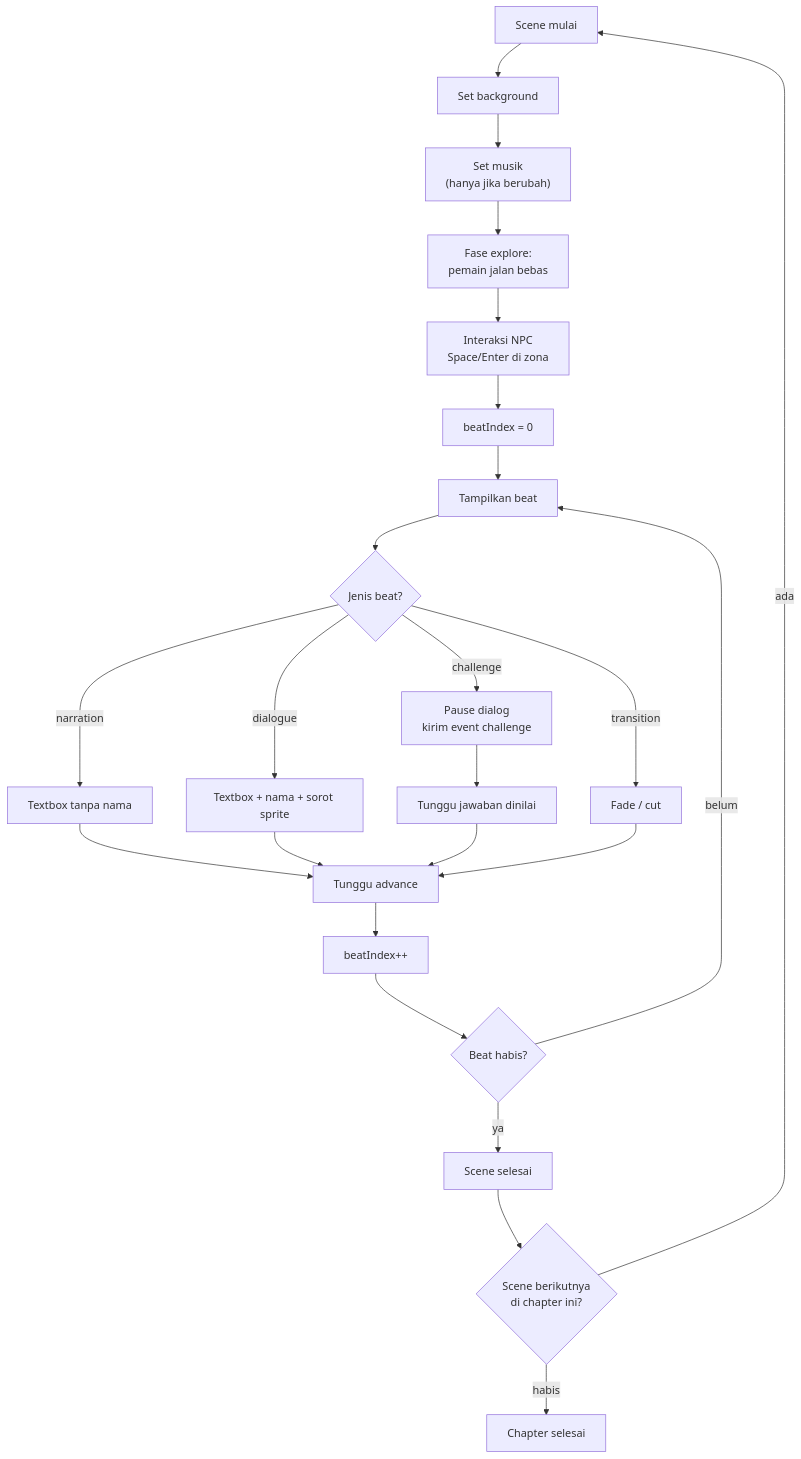
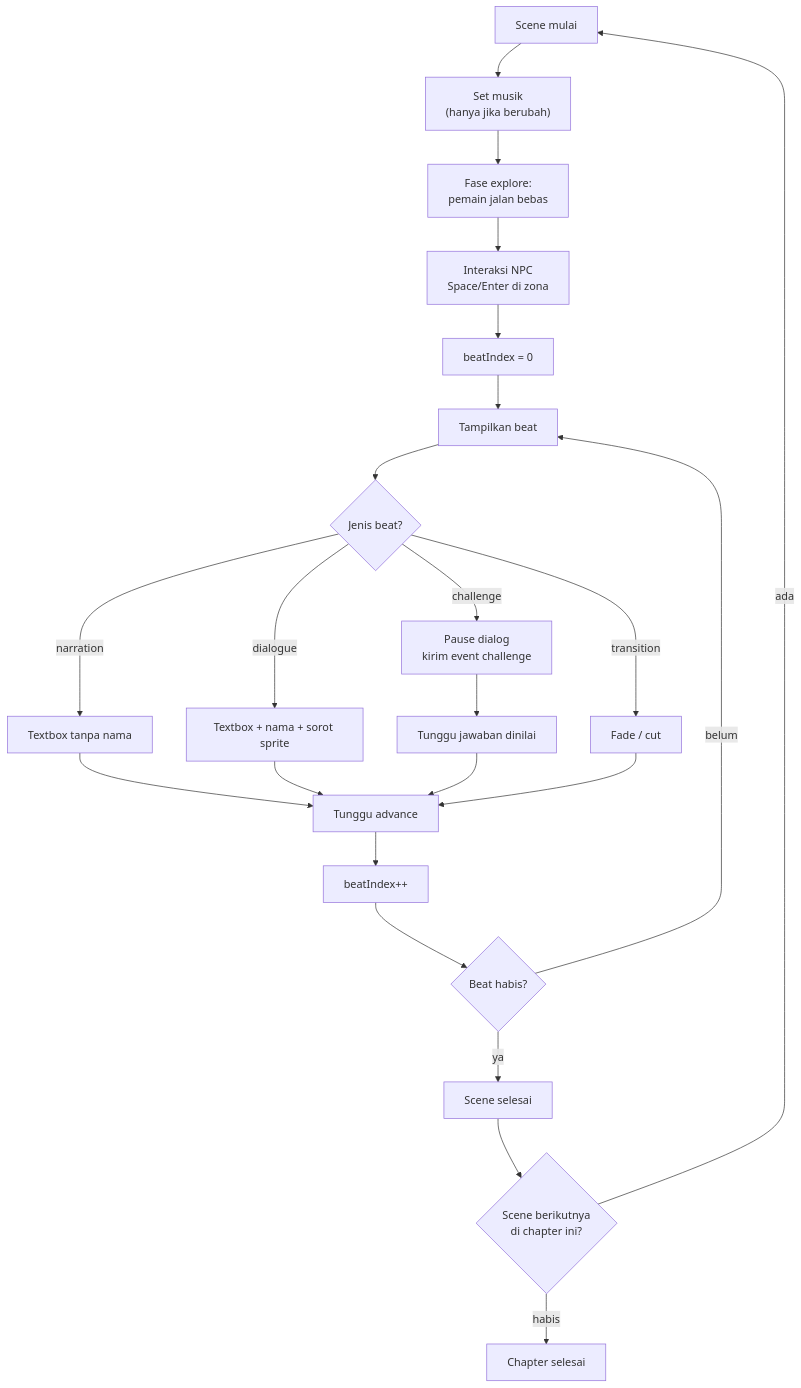
Before and after one commit to justeita/ClassQuest: the diagram in docs/04-game/scene-format.md, drawn with Mermaid. The commit also changed other lines of this file and 10 other files, not shown here.

````diff
--- a/docs/04-game/scene-format.md
+++ b/docs/04-game/scene-format.md
@@ -144,26 +155,25 @@
 ```mermaid
 flowchart TD
-  S["Scene mulai"] --> A["Set background"]
-  A --> B["Set musik<br/>(hanya jika berubah)"]
+  S["Scene mulai"] --> B["Set musik<br/>(hanya jika berubah)"]
   B --> X["Fase explore:<br/>pemain jalan bebas"]
   X --> D0["Interaksi NPC<br/>Space/Enter di zona"]
   D0 --> C["beatIndex = 0"]
   C --> D["Tampilkan beat"]
   D --> E{"Jenis beat?"}
   E -- "narration" --> F["Textbox tanpa nama"]
   E -- "dialogue" --> G["Textbox + nama + sorot sprite"]
   E -- "challenge" --> H["Pause dialog<br/>kirim event challenge"]
   E -- "transition" --> I["Fade / cut"]
   F --> J["Tunggu advance"]
   G --> J
   H --> K["Tunggu jawaban dinilai"]
   K --> J
   I --> J
   J --> L["beatIndex++"]
   L --> M{"Beat habis?"}
   M -- "belum" --> D
   M -- "ya" --> N["Scene selesai"]
   N --> O{"Scene berikutnya<br/>di chapter ini?"}
   O -- "ada" --> S
   O -- "habis" --> P["Chapter selesai"]
 ```
````
